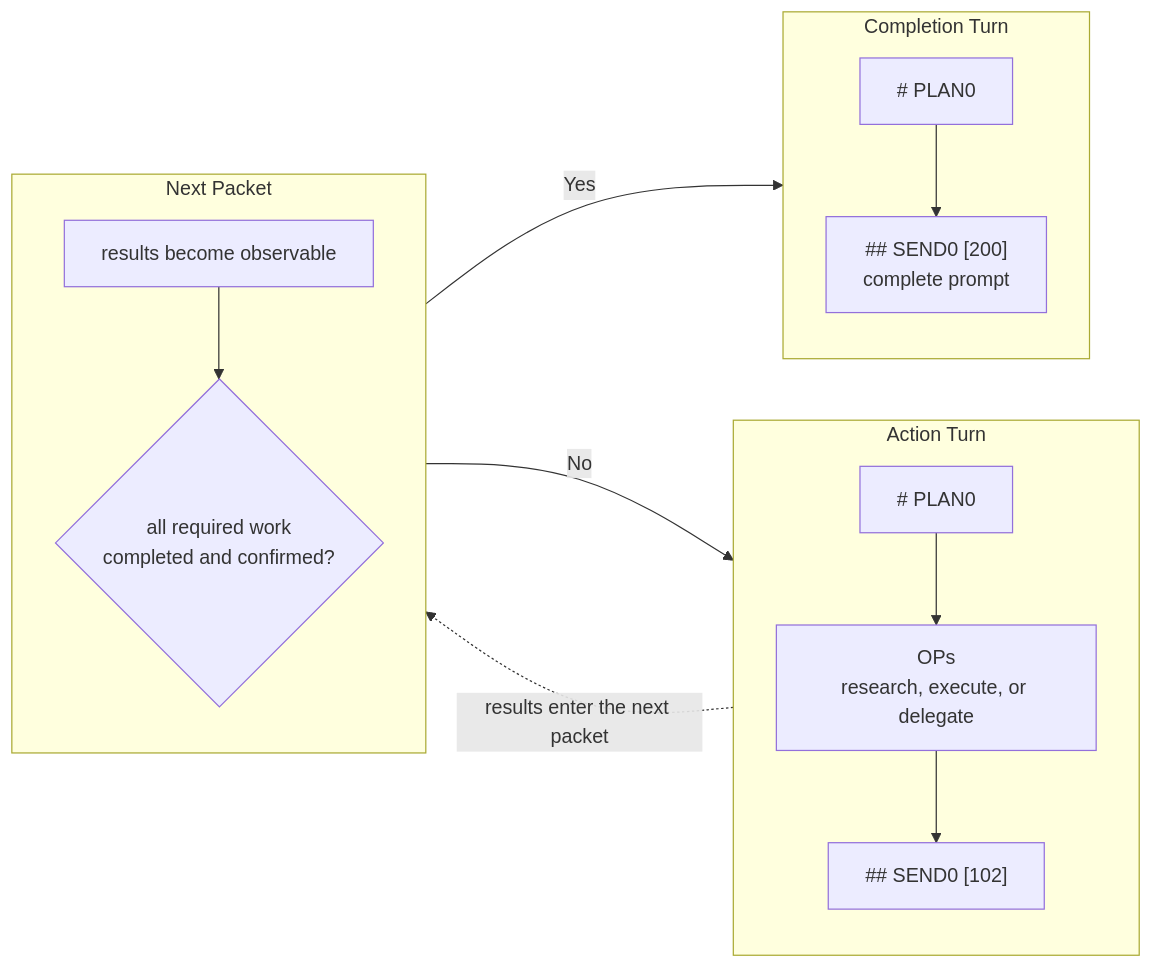
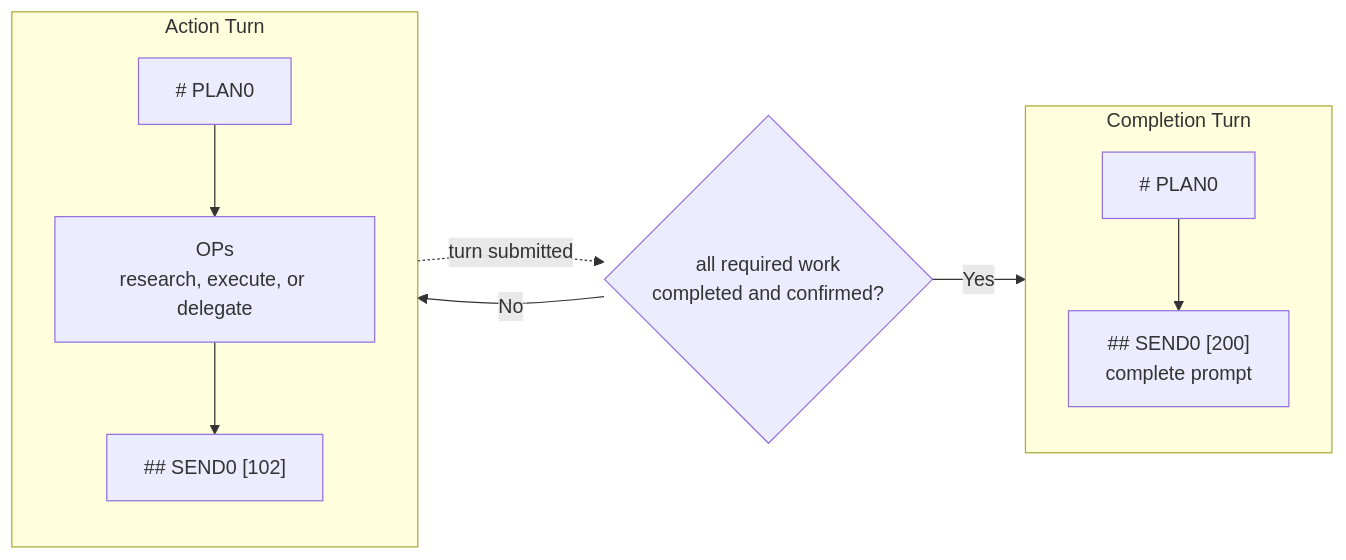
Before and after one commit to plurnk/plurnk-service: the first of 2 diagrams in plurnk-contracts/plurnk.md, drawn with Mermaid.

Commit message:
docs(contracts): simplify standard workflow

````diff
--- a/plurnk-contracts/plurnk.md
+++ b/plurnk-contracts/plurnk.md
@@ -35,28 +35,23 @@
 ```mermaid
 flowchart LR
     subgraph T1["Action Turn"]
         direction TB
         A1["# PLAN0"]
         A2["OPs<br>research, execute, or delegate"]
         A3["## SEND0 [102]"]
         A1 --> A2 --> A3
     end
 
-    subgraph T2["Next Packet"]
-        direction TB
-        B1["results become observable"]
-        B2{"all required work<br>completed and confirmed?"}
-        B1 --> B2
-    end
+    D{"all required work<br>completed and confirmed?"}
 
-    subgraph T3["Completion Turn"]
+    subgraph T2["Completion Turn"]
         direction TB
         C1["# PLAN0"]
         C2["## SEND0 [200]<br>complete prompt"]
         C1 --> C2
     end
 
-    A3 -. "results enter the next packet" .-> B1
-    B2 -- No --> A1
-    B2 -- Yes --> C1
+    A3 -. "turn submitted" .-> D
+    D -- No --> A1
+    D -- Yes --> C1
 ```
````
